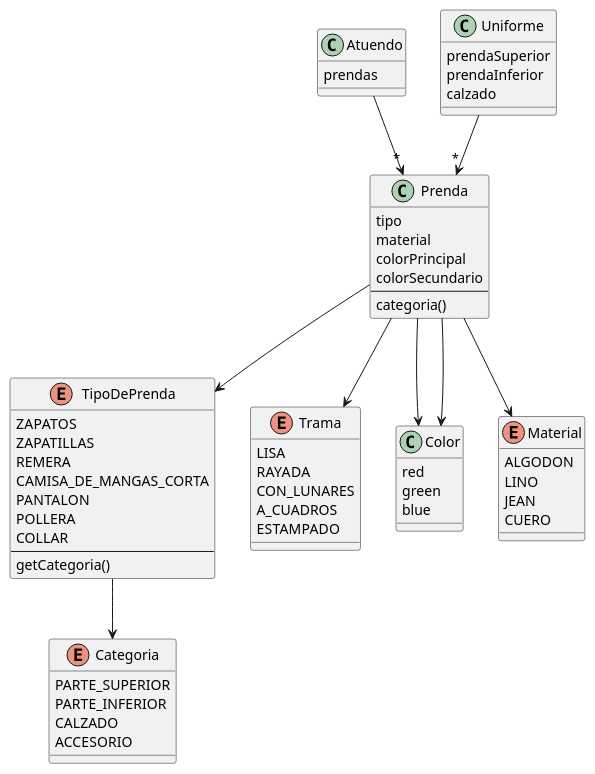
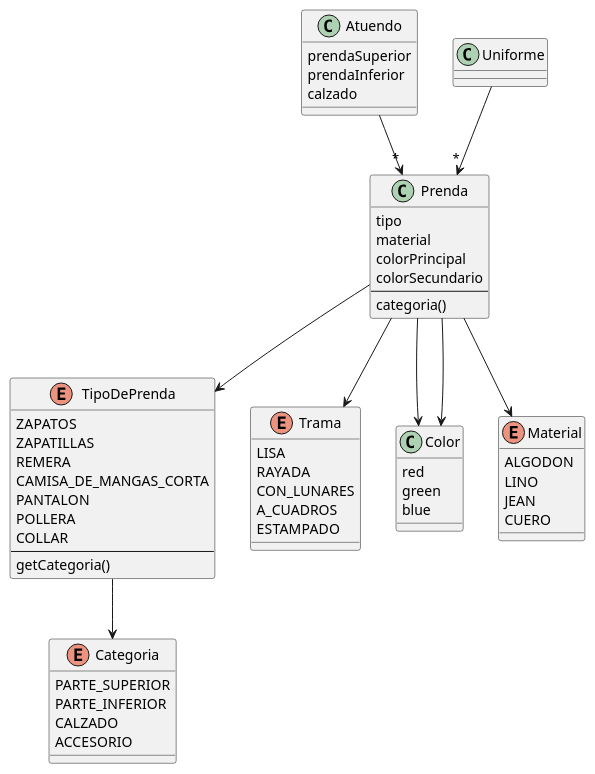
Before and after one commit to LautaroMelchiori/QueMePongo: the diagram in src/main/java/diagrama.plantuml, drawn with PlantUML. The commit also changed 2 other files, not shown here.

Commit message:
añado abstraccion de Atuendo - es lo mismo que un uniforme y que una sugerencia

```diff
--- a/src/main/java/diagrama.plantuml
+++ b/src/main/java/diagrama.plantuml
@@ -1,71 +1,66 @@
 @startuml Diagrama
 
 class Prenda {
     tipo
     material
     colorPrincipal
     colorSecundario
     --
     categoria()
 }
-
 class Atuendo {
-    prendas
-}
-
-class Uniforme {
     prendaSuperior
     prendaInferior
     calzado
 }
 
 enum TipoDePrenda {
     ZAPATOS
     ZAPATILLAS
     REMERA
     CAMISA_DE_MANGAS_CORTA
     PANTALON
     POLLERA
     COLLAR
     --
     getCategoria()
 }
 
 enum Trama {
   LISA
   RAYADA
   CON_LUNARES
   A_CUADROS
   ESTAMPADO
 }
 
 class Color {
     red
     green
     blue
 }
 
 enum Material {
   ALGODON
   LINO
   JEAN
   CUERO
 }
 
 enum Categoria {
   PARTE_SUPERIOR
   PARTE_INFERIOR
   CALZADO
   ACCESORIO
 }
 
 Atuendo --> "*"  Prenda
 Uniforme --> "*" Prenda
 Prenda --> Material
 Prenda --> Color
 Prenda --> Color
 Prenda --> TipoDePrenda
 Prenda --> Trama
 TipoDePrenda --> Categoria
 
 @enduml
```
